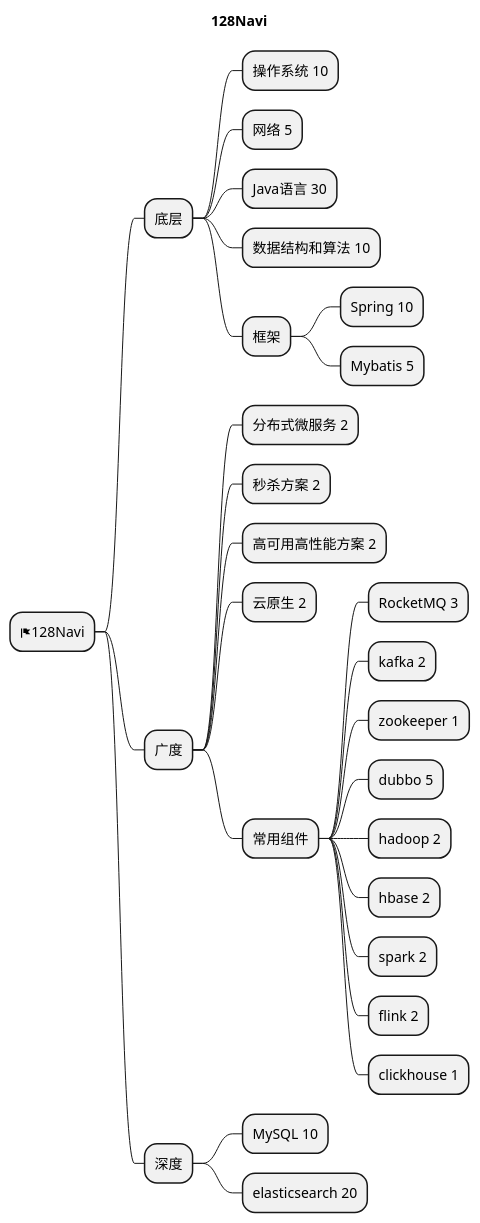
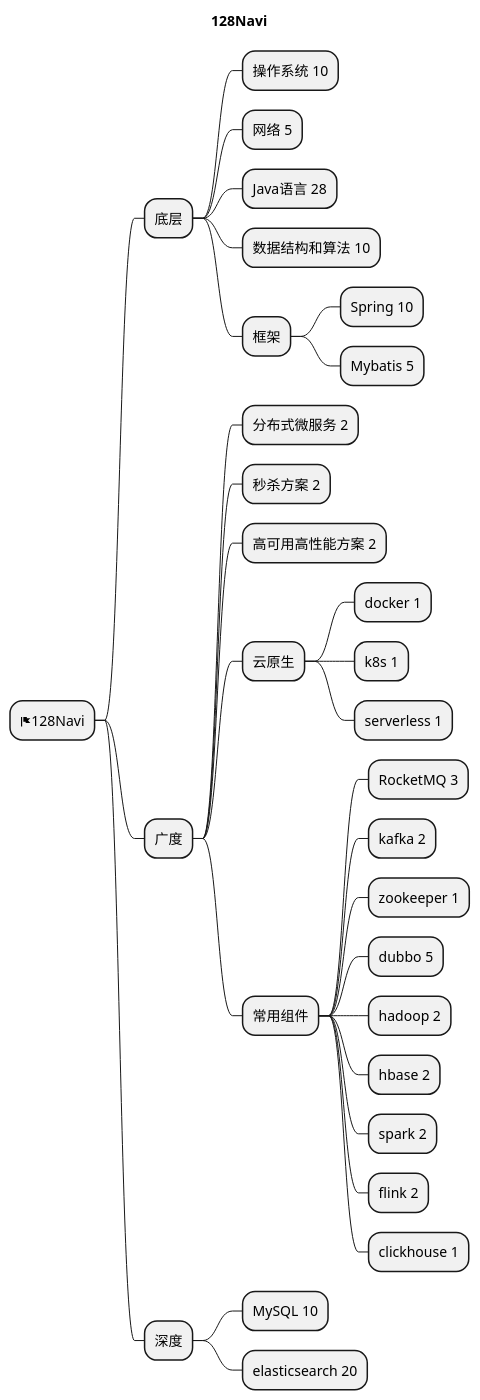
The diagram in doc/javanavi.puml (ninespx/JavaNavi), drawn with PlantUML before and after one commit.

```diff
--- a/doc/javanavi.puml
+++ b/doc/javanavi.puml
@@ -1,35 +1,38 @@
 @startmindmap
 'https://plantuml.com/mindmap-diagram
 
 title 128Navi
 
 * <&flag>128Navi
 ** 底层
 *** 操作系统 10
 *** 网络 5
-*** Java语言 30
+*** Java语言 28
 *** 数据结构和算法 10
 *** 框架
 **** Spring 10
 **** Mybatis 5
 ** 广度
 *** 分布式微服务 2
 *** 秒杀方案 2
 *** 高可用高性能方案 2
-*** 云原生 2
+*** 云原生
+**** docker 1
+**** k8s 1
+**** serverless 1
 *** 常用组件
 **** RocketMQ 3
 **** kafka 2
 **** zookeeper 1
 **** dubbo 5
 **** hadoop 2
 **** hbase 2
 **** spark 2
 **** flink 2
 **** clickhouse 1
 ** 深度
 *** MySQL 10
 *** elasticsearch 20
 
 
 @endmindmap
```
